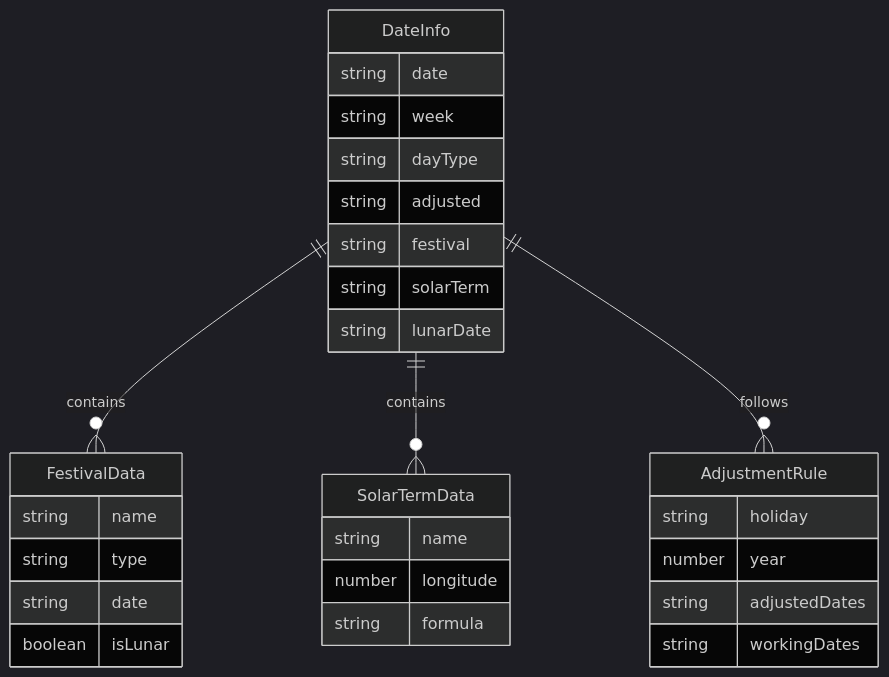
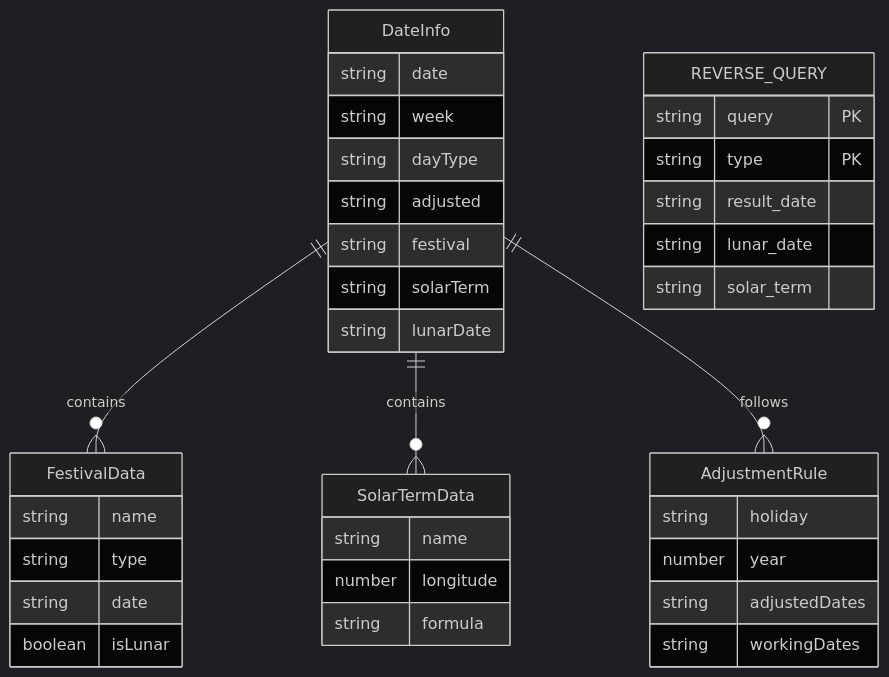
The third of 3 diagrams in .trae/documents/中国农历节日转换MCP服务技术架构文档.md (Tairraos/sino-calendar-mcp), drawn with Mermaid (dark theme) before and after one commit. The commit also changed other lines of this file and 14 other files, not shown here.

````diff
--- a/.trae/documents/中国农历节日转换MCP服务技术架构文档.md
+++ b/.trae/documents/中国农历节日转换MCP服务技术架构文档.md
@@ -181,36 +273,44 @@
 ```mermaid
 erDiagram
     DateInfo {
         string date
         string week
         string dayType
         string adjusted
         string festival
         string solarTerm
         string lunarDate
     }
 
     FestivalData {
         string name
         string type
         string date
         boolean isLunar
     }
 
     SolarTermData {
         string name
         number longitude
         string formula
     }
 
     AdjustmentRule {
         string holiday
         number year
         string adjustedDates
         string workingDates
     }
 
     DateInfo ||--o{ FestivalData : contains
     DateInfo ||--o{ SolarTermData : contains
     DateInfo ||--o{ AdjustmentRule : follows
+    
+    REVERSE_QUERY {
+        string query PK
+        string type PK
+        string result_date
+        string lunar_date
+        string solar_term
+    }
 ```
````
